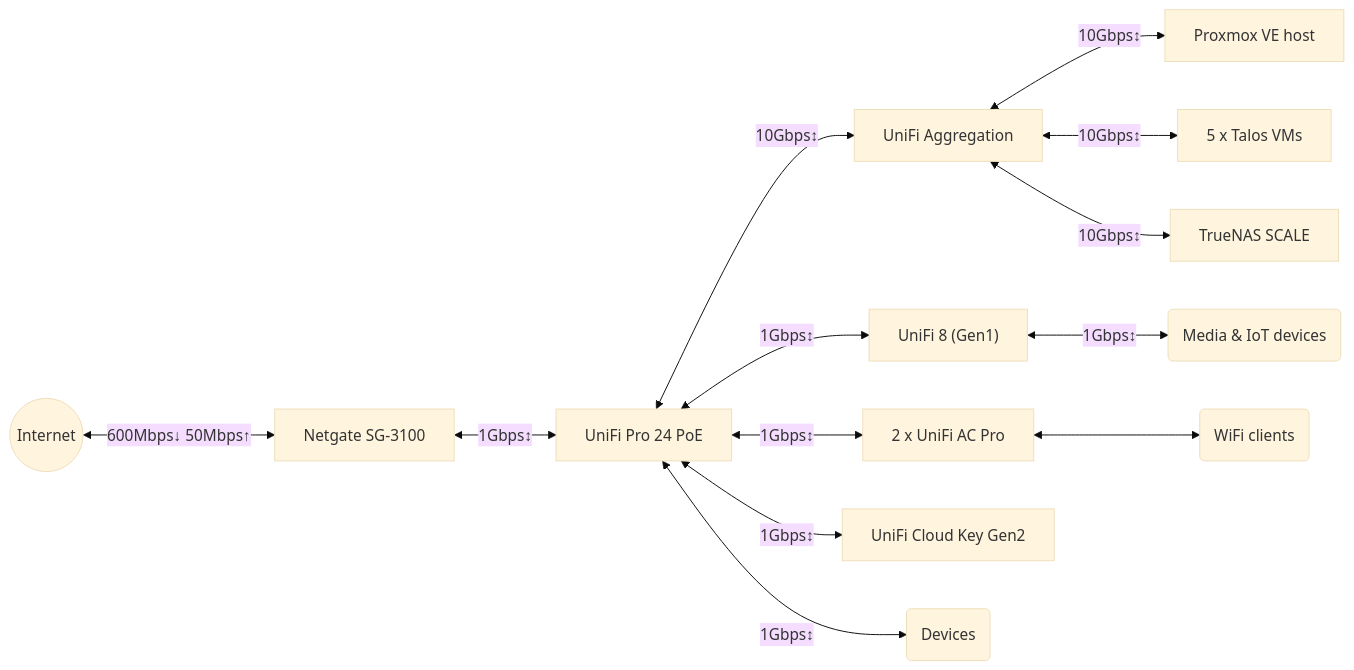
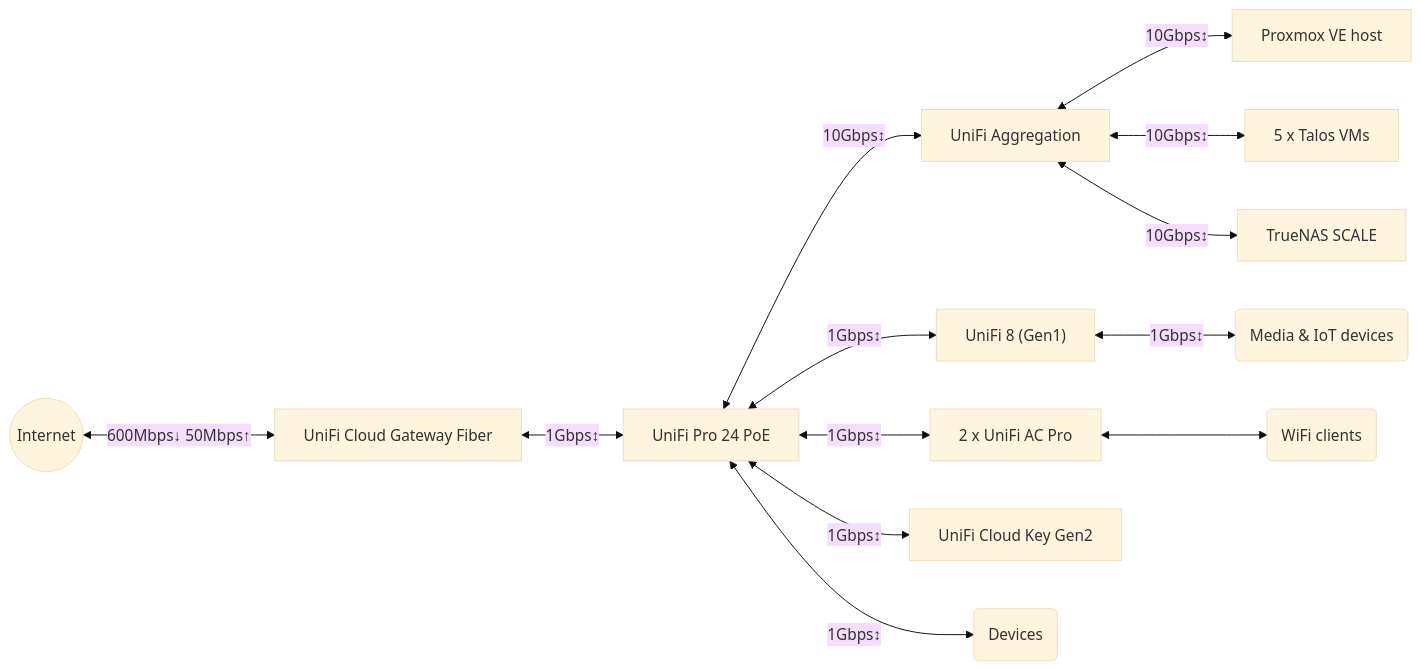
Before and after one commit to pwyde/home-ops: the second of 2 diagrams in README.md, drawn with Mermaid (base theme). The commit also changed other lines of this file, not shown here.

````diff
--- a/README.md
+++ b/README.md
@@ -126,15 +126,15 @@
 ```mermaid
 graph LR;
-  id1((Internet)) <-->|600Mbps↓ 50Mbps↑| id2[Netgate SG-3100];
+  id1((Internet)) <-->|600Mbps↓ 50Mbps↑| id2[UniFi Cloud Gateway Fiber];
   id2 <-->|1Gbps↕| id3[UniFi Pro 24 PoE];
   id3 <-->|10Gbps↕| id4[UniFi Aggregation];
   id3 <-->|1Gbps↕| id5["UniFi 8 (Gen1)"];
   id3 <-->|1Gbps↕| id6[2 x UniFi AC Pro];
   id3 <-->|1Gbps↕| id7[UniFi Cloud Key Gen2];
   id3 <-->|1Gbps↕| id8(Devices);
   id4 <-->|10Gbps↕| id9[Proxmox VE host];
   id4 <-->|10Gbps↕| id10[5 x Talos VMs];
   id4 <-->|10Gbps↕| id11[TrueNAS SCALE];
   id5 <-->|1Gbps↕| id12(Media & IoT devices);
   id6 <--> id13(WiFi clients);
 ```
````
